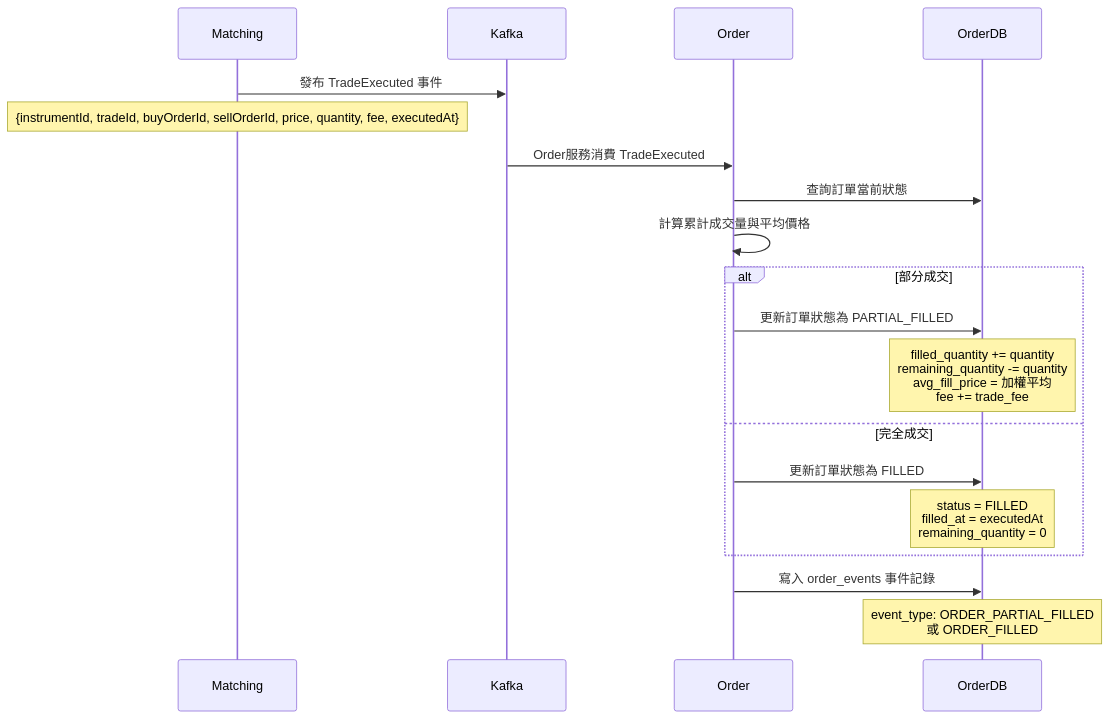
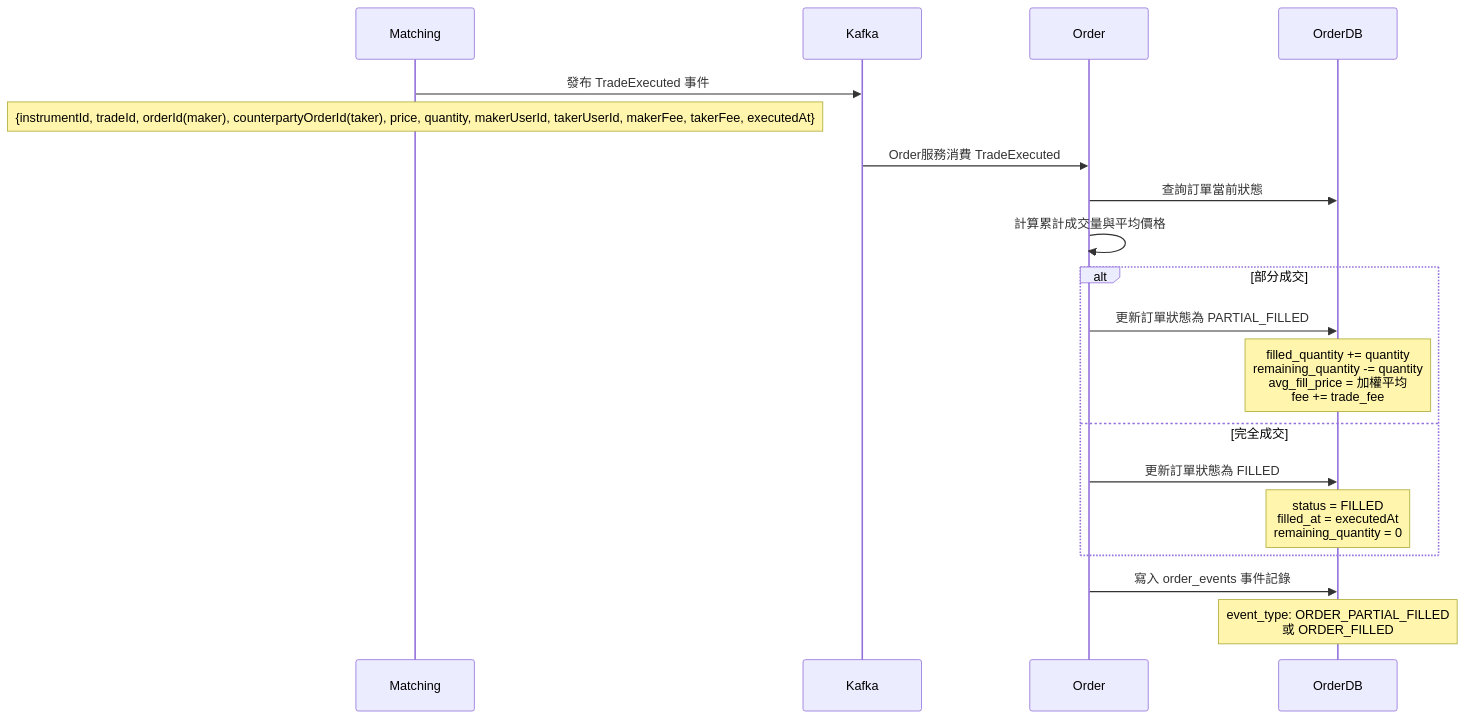
The fourth of 5 diagrams in design/exchange/整體設計.md (vincentf13/open.vincentf13), drawn with Mermaid before and after one commit. The commit also changed other lines of this file, not shown here.

````diff
--- a/design/exchange/整體設計.md
+++ b/design/exchange/整體設計.md
@@ -1273,25 +1273,25 @@
 ```mermaid
 sequenceDiagram
     participant Matching
     participant Kafka
     participant Order
     participant OrderDB
 
     Matching->>Kafka: 發布 TradeExecuted 事件
-    Note over Matching: {instrumentId, tradeId, buyOrderId, sellOrderId, price, quantity, fee, executedAt}
+    Note over Matching: {instrumentId, tradeId, orderId(maker), counterpartyOrderId(taker), price, quantity, makerUserId, takerUserId, makerFee, takerFee, executedAt}
 
     Kafka->>Order: Order服務消費 TradeExecuted
     Order->>OrderDB: 查詢訂單當前狀態
     Order->>Order: 計算累計成交量與平均價格
 
     alt 部分成交
         Order->>OrderDB: 更新訂單狀態為 PARTIAL_FILLED
         Note over OrderDB: filled_quantity += quantity<br/>remaining_quantity -= quantity<br/>avg_fill_price = 加權平均<br/>fee += trade_fee
     else 完全成交
         Order->>OrderDB: 更新訂單狀態為 FILLED
         Note over OrderDB: status = FILLED<br/>filled_at = executedAt<br/>remaining_quantity = 0
     end
 
     Order->>OrderDB: 寫入 order_events 事件記錄
     Note over OrderDB: event_type: ORDER_PARTIAL_FILLED<br/>或 ORDER_FILLED
 ```
````
